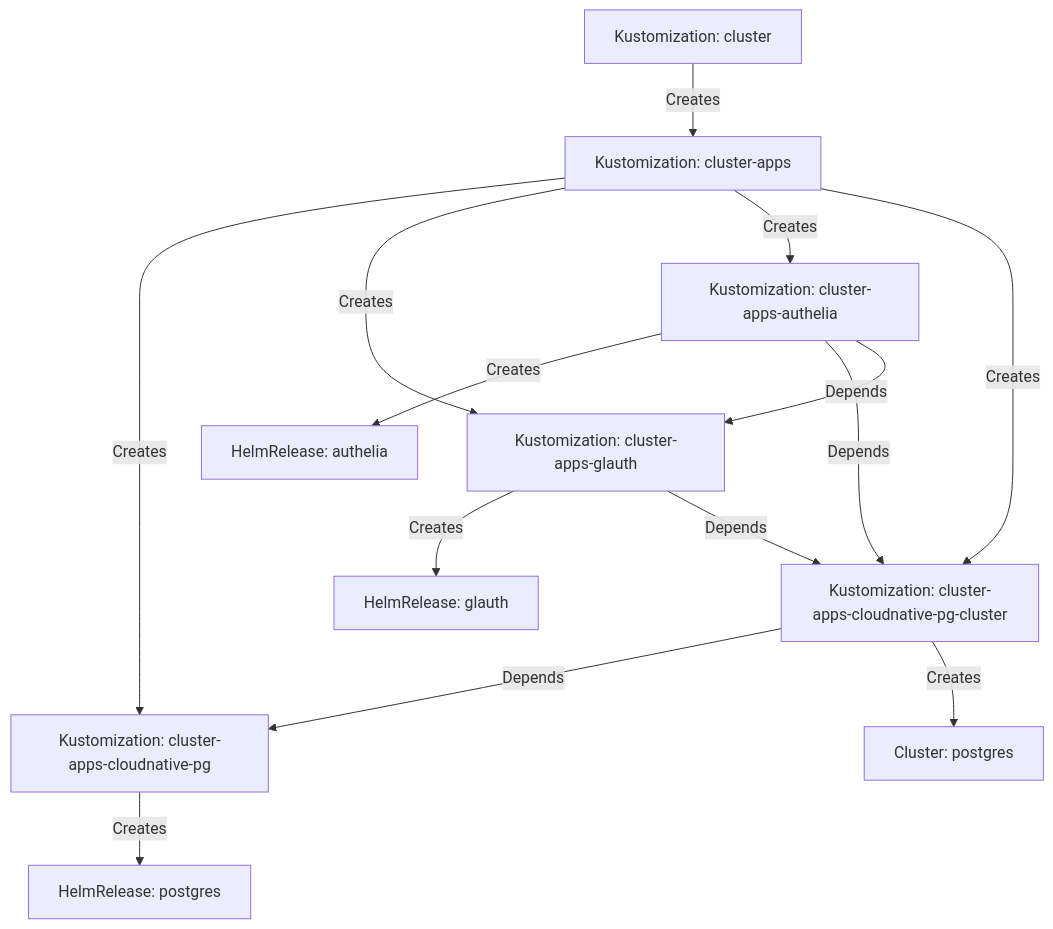
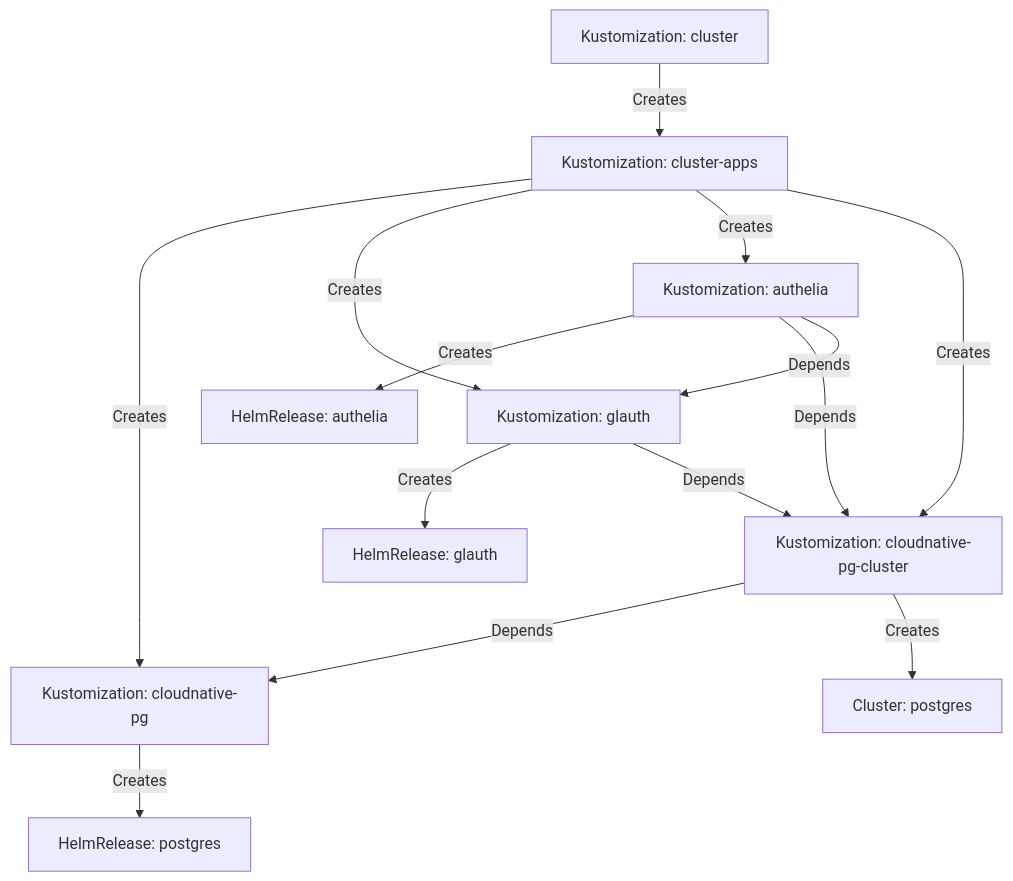
The diagram in README.md (buroa/k8s-gitops), drawn with Mermaid before and after one commit. The commit also changed 107 other files, not shown here.

````diff
--- a/README.md
+++ b/README.md
@@ -93,27 +93,27 @@
 ```mermaid
 graph TD;
   id1[Kustomization: cluster];
   id2[Kustomization: cluster-apps];
-  id3[Kustomization: cluster-apps-cloudnative-pg];
+  id3[Kustomization: cloudnative-pg];
   id4[HelmRelease: postgres];
-  id5[Kustomization: cluster-apps-cloudnative-pg-cluster];
-  id6[Kustomization: cluster-apps-glauth];
+  id5[Kustomization: cloudnative-pg-cluster];
+  id6[Kustomization: glauth];
   id7[HelmRelease: glauth];
-  id8[Kustomization: cluster-apps-authelia];
+  id8[Kustomization: authelia];
   id9[HelmRelease: authelia];
   id10[Cluster: postgres];
 
   id1 -->|Creates| id2;
   id2 -->|Creates| id3;
   id2 -->|Creates| id6;
   id2 -->|Creates| id8;
   id2 -->|Creates| id5;
   id3 -->|Creates| id4;
   id5 -->|Depends| id3;
   id5 -->|Creates| id10;
   id6 -->|Creates| id7;
   id6 -->|Depends| id5;
   id8 -->|Creates| id9;
   id8 -->|Depends| id5;
   id8 -->|Depends| id6;
 ```
````
